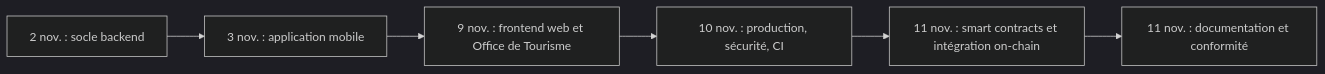
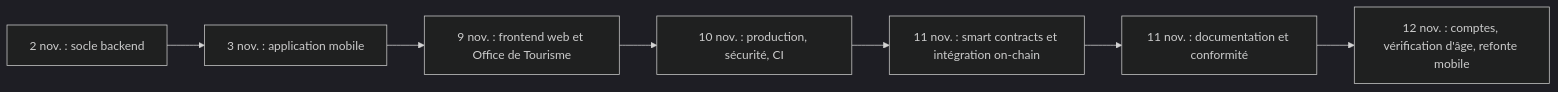
One commit to MarceauTDML/BlockLucky changed the diagram in documentation-officielle/content/annexes/journal.md. Above: the diagram before and after it, drawn with Mermaid (dark theme). The commit also changed other lines of this file and 82 other files, not shown here.

````diff
--- a/documentation-officielle/content/annexes/journal.md
+++ b/documentation-officielle/content/annexes/journal.md
@@ -21,8 +21,9 @@
 ```mermaid
 flowchart LR
     A["2 nov. : socle backend"] --> B["3 nov. : application mobile"]
     B --> C["9 nov. : frontend web et Office de Tourisme"]
     C --> D["10 nov. : production, sécurité, CI"]
     D --> E["11 nov. : smart contracts et intégration on-chain"]
     E --> F["11 nov. : documentation et conformité"]
+    F --> G["12 nov. : comptes, vérification d'âge, refonte mobile"]
 ```
````
